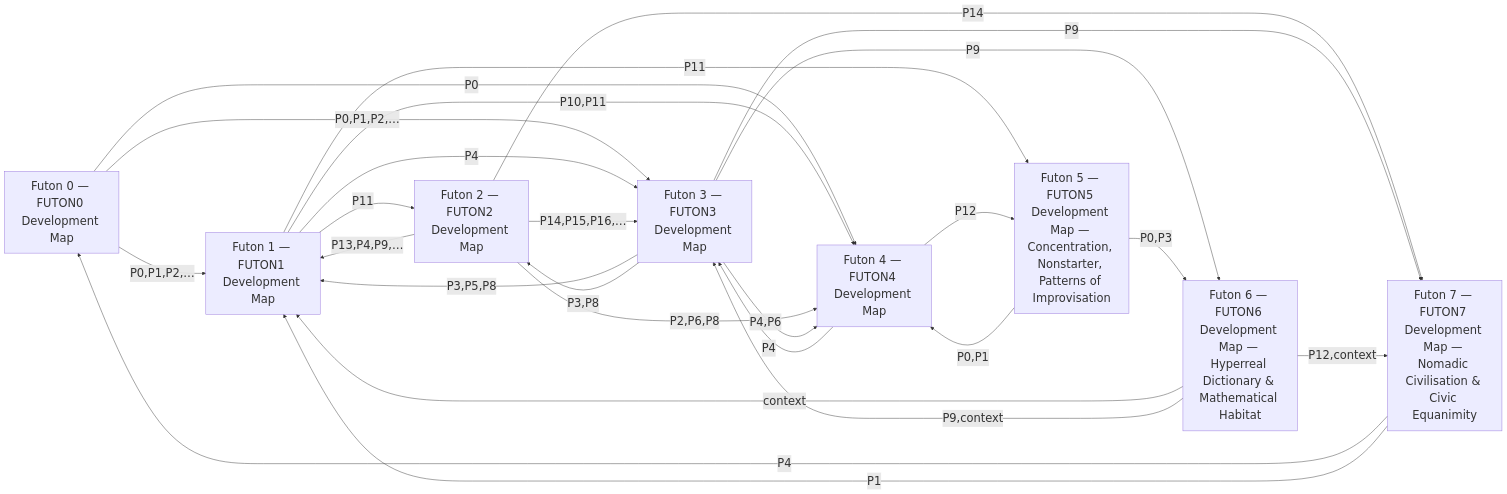
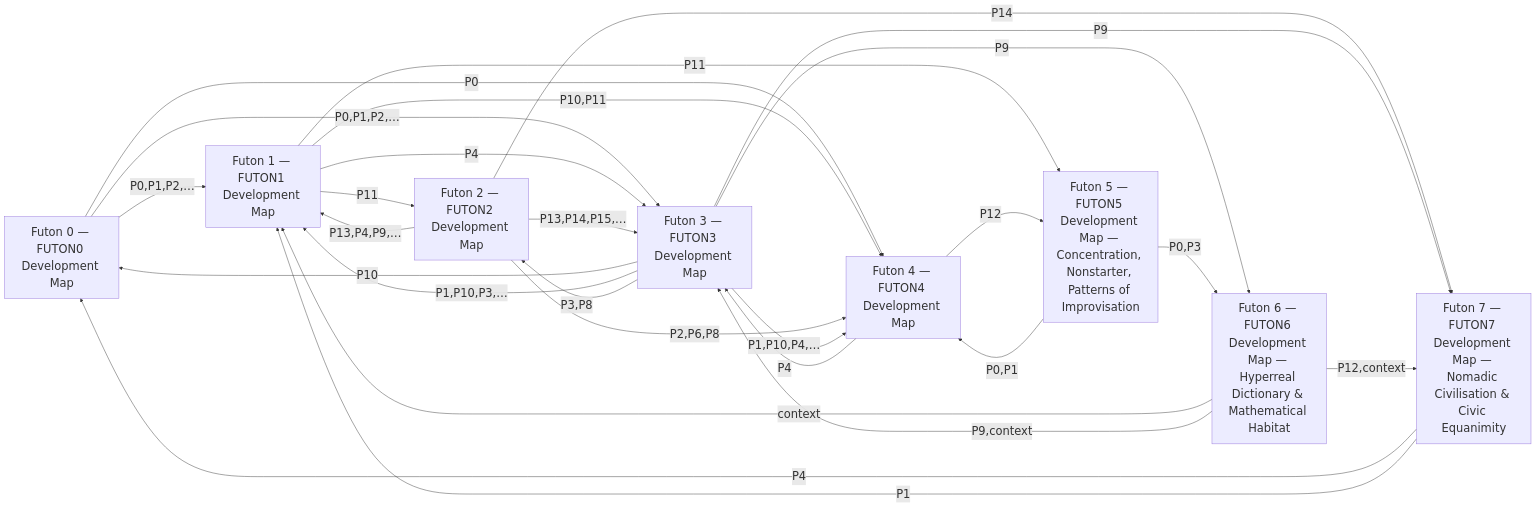
One commit to tothedarktowercame/futon3 changed the diagram in holes/artifacts/devmap-deps.mmd. Above: the diagram before and after it, drawn with Mermaid. The commit also changed 13 other files, not shown here.

```diff
--- a/holes/artifacts/devmap-deps.mmd
+++ b/holes/artifacts/devmap-deps.mmd
@@ -1,35 +1,36 @@
 %%{init: { 'themeVariables': { 'fontSize': '26px', 'labelTextSize': '24px' } }}%%
 graph LR
   f0["Futon 0 — FUTON0 Development Map"]
   f1["Futon 1 — FUTON1 Development Map"]
   f2["Futon 2 — FUTON2 Development Map"]
   f3["Futon 3 — FUTON3 Development Map"]
   f4["Futon 4 — FUTON4 Development Map"]
   f5["Futon 5 — FUTON5 Development Map — Concentration, Nonstarter, Patterns of Improvisation"]
   f6["Futon 6 — FUTON6 Development Map — Hyperreal Dictionary & Mathematical Habitat"]
   f7["Futon 7 — FUTON7 Development Map — Nomadic Civilisation & Civic Equanimity"]
   f0 -->|P0,P1,P2,…| f1
   f0 -->|P0,P1,P2,…| f3
   f0 -->|P0| f4
   f1 -->|P11| f2
   f1 -->|P4| f3
   f1 -->|P10,P11| f4
   f1 -->|P11| f5
   f2 -->|P13,P4,P9,…| f1
-  f2 -->|P14,P15,P16,…| f3
+  f2 -->|P13,P14,P15,…| f3
   f2 -->|P2,P6,P8| f4
   f2 -->|P14| f7
-  f3 -->|P3,P5,P8| f1
+  f3 -->|P10| f0
+  f3 -->|P1,P10,P3,…| f1
   f3 -->|P3,P8| f2
-  f3 -->|P4,P6| f4
+  f3 -->|P1,P10,P4,…| f4
   f3 -->|P9| f6
   f3 -->|P9| f7
   f4 -->|P4| f3
   f4 -->|P12| f5
   f5 -->|P0,P1| f4
   f5 -->|P0,P3| f6
   f6 -->|context| f1
   f6 -->|P9,context| f3
   f6 -->|P12,context| f7
   f7 -->|P4| f0
   f7 -->|P1| f1
```
